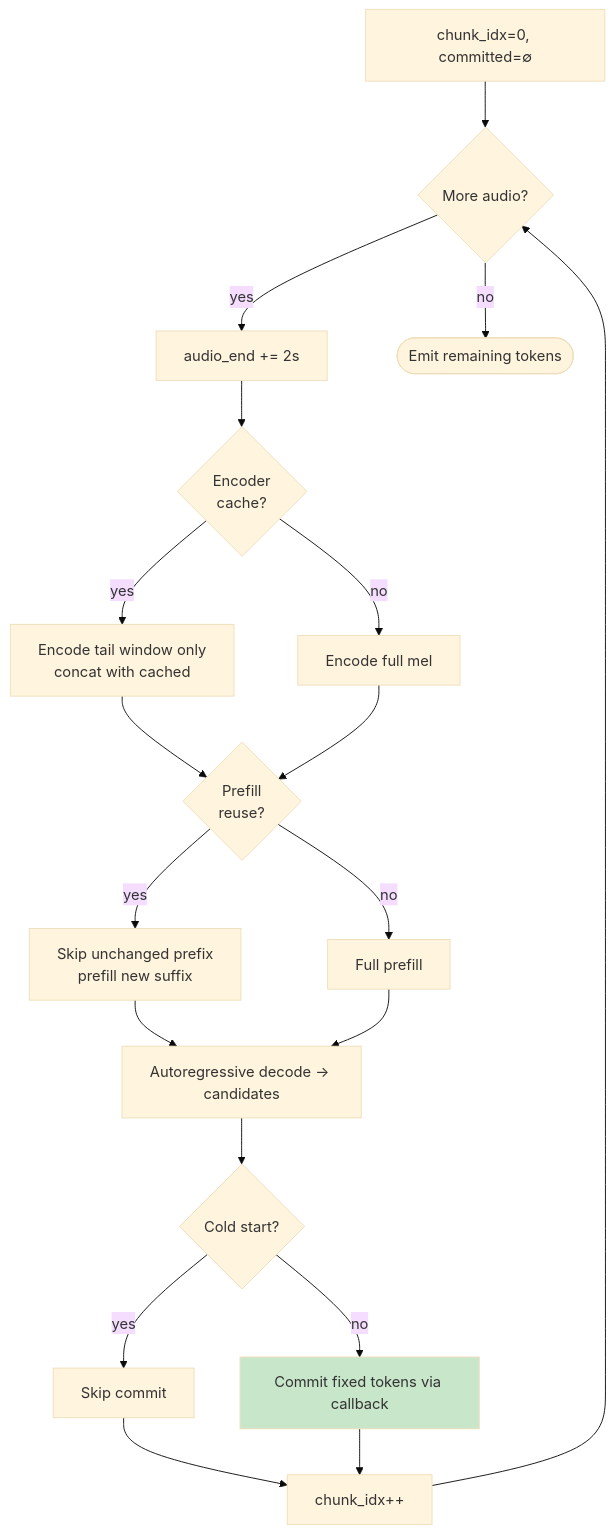
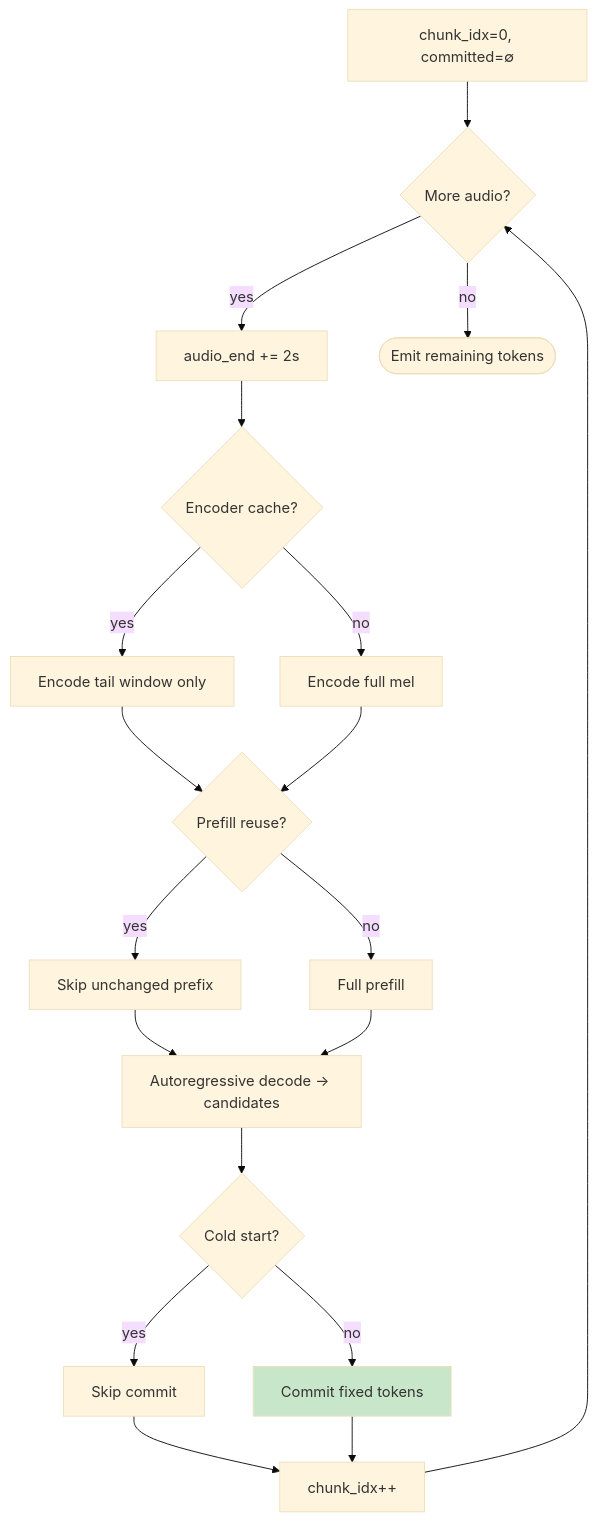
Before and after one commit to Justme0/asr-polish: diagram 16 of 16 in doc/qwen-asr-analysis.md, drawn with Mermaid (base theme). The commit also changed other lines of this file and 3 other files, not shown here.

````diff
--- a/doc/qwen-asr-analysis.md
+++ b/doc/qwen-asr-analysis.md
@@ -223,36 +445,31 @@
 ```mermaid
 flowchart TD
     INIT["chunk_idx=0, committed=∅"]
     MORE{"More audio?"}
     GROW["audio_end += 2s"]
-
-    ENC_CACHE{"Encoder<br>cache?"}
-    ENC_Y["Encode tail window only<br>concat with cached"]
+    ENC_CACHE{"Encoder cache?"}
+    ENC_Y["Encode tail window only"]
     ENC_N["Encode full mel"]
-
-    PREFILL{"Prefill<br>reuse?"}
-    PRE_Y["Skip unchanged prefix<br>prefill new suffix"]
+    PREFILL{"Prefill reuse?"}
+    PRE_Y["Skip unchanged prefix"]
     PRE_N["Full prefill"]
     DECODE["Autoregressive decode → candidates"]
-
     COLD{"Cold start?"}
     SKIP["Skip commit"]
-    COMMIT["Commit fixed tokens via callback"]
-
+    COMMIT["Commit fixed tokens"]
     INC["chunk_idx++"]
     FINAL(["Emit remaining tokens"])
 
     INIT --> MORE
     MORE -- yes --> GROW --> ENC_CACHE
     ENC_CACHE -- yes --> ENC_Y --> PREFILL
     ENC_CACHE -- no --> ENC_N --> PREFILL
     PREFILL -- yes --> PRE_Y --> DECODE
     PREFILL -- no --> PRE_N --> DECODE
     DECODE --> COLD
     COLD -- yes --> SKIP --> INC
     COLD -- no --> COMMIT --> INC
     INC --> MORE
     MORE -- no --> FINAL
-
     style COMMIT fill:#c8e6c9
 ```
````
